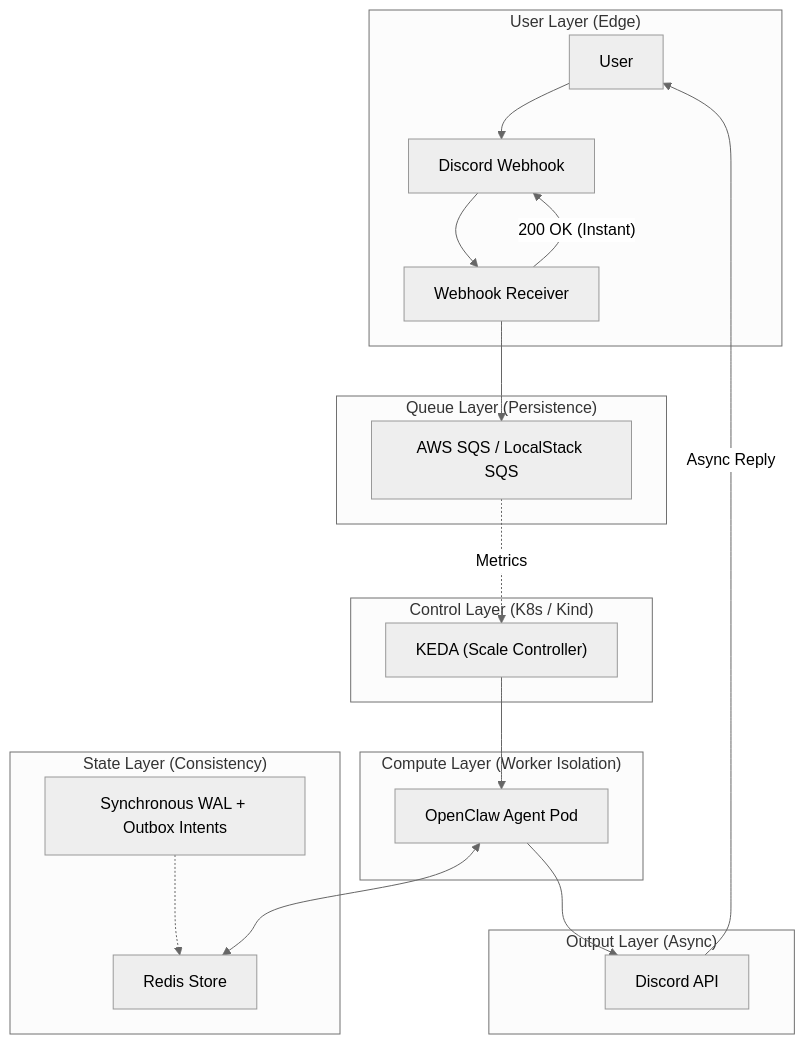
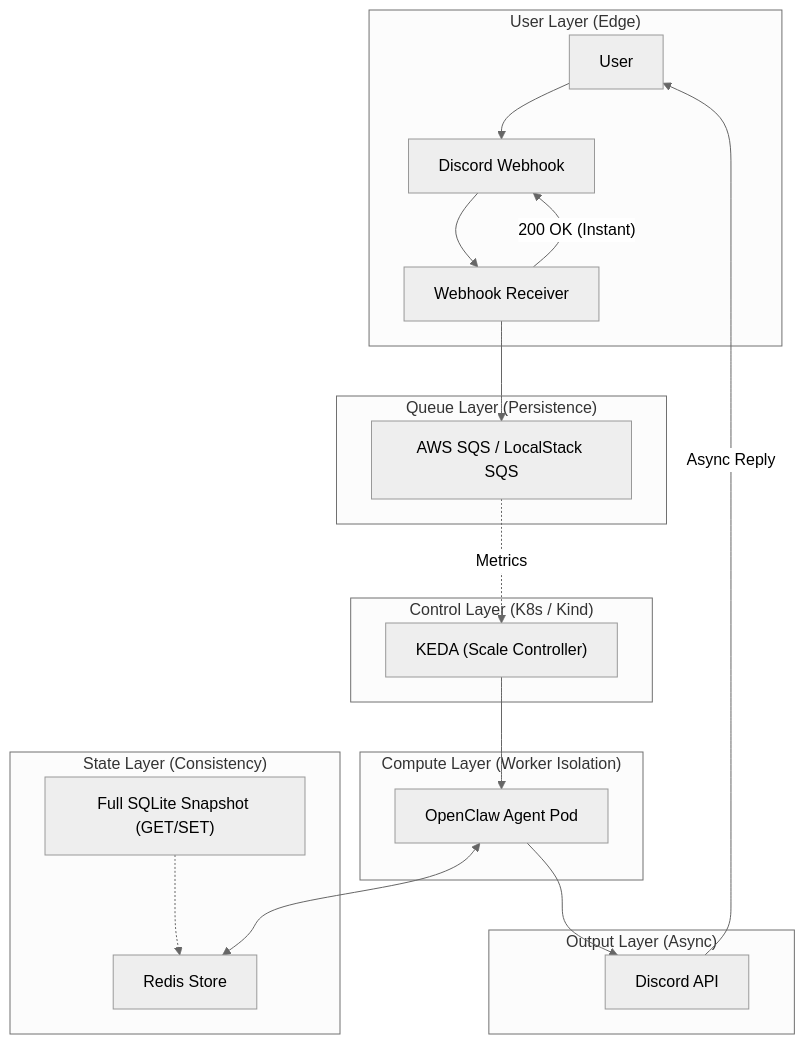
One commit to Bihela/DClawbot changed the diagram in README.md. Above: the diagram before and after it, drawn with Mermaid (neutral theme). The commit also changed other lines of this file and 1 other file, not shown here.

Commit message:
refactor: replace continuous WAL with SQLite snapshotting for agent state persistence

````diff
--- a/README.md
+++ b/README.md
@@ -17,34 +17,34 @@
 ```mermaid
 graph TD
     subgraph UserLayer ["User Layer (Edge)"]
         User["User"] --> DiscordWebhook["Discord Webhook"]
         DiscordWebhook --> CFWorker["Webhook Receiver"]
         CFWorker -- "200 OK (Instant)" --> DiscordWebhook
     end
 
     subgraph QueueLayer ["Queue Layer (Persistence)"]
         CFWorker --> SQS["AWS SQS / LocalStack SQS"]
     end
 
     subgraph ControlLayer ["Control Layer (K8s / Kind)"]
         KEDA["KEDA (Scale Controller)"]
         SQS -. "Metrics" .-> KEDA
     end
 
     subgraph ComputeLayer ["Compute Layer (Worker Isolation)"]
         Pod["OpenClaw Agent Pod"]
         KEDA --> Pod
     end
 
     subgraph StateLayer ["State Layer (Consistency)"]
         Redis["Redis Store"]
         Pod <--> Redis
-        Note1["Synchronous WAL + Outbox Intents"] -.-> Redis
+        Note1["Full SQLite Snapshot (GET/SET)"] -.-> Redis
     end
 
     subgraph OutputLayer ["Output Layer (Async)"]
         DiscordAPI["Discord API"]
         Pod --> DiscordAPI
         DiscordAPI -- "Async Reply" --> User
     end
 ```
````
